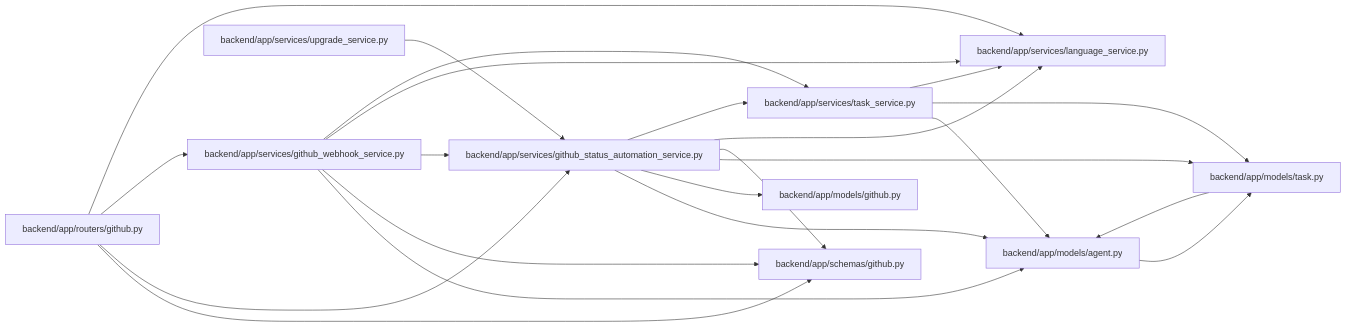
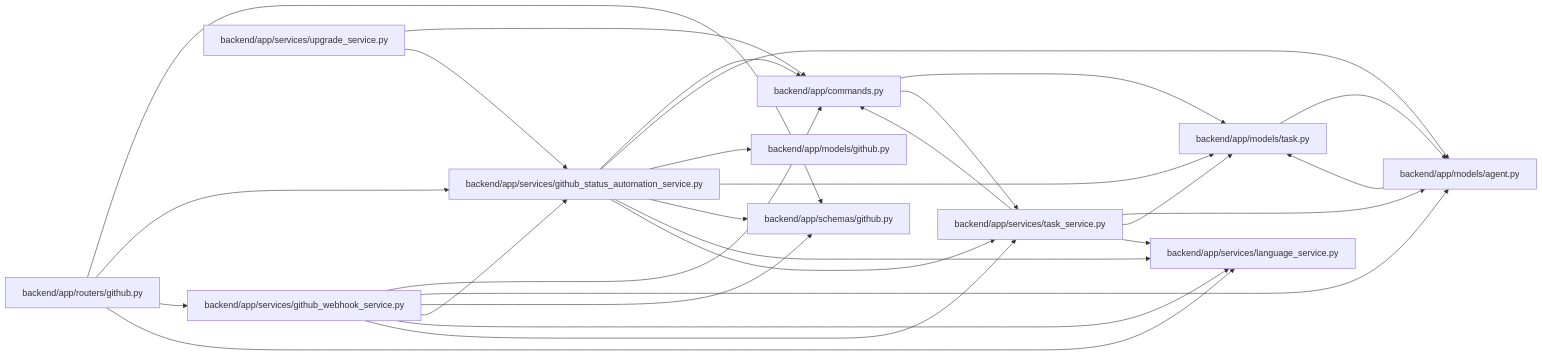
Before and after one commit to Denissvgn/WorkChord: the diagram in docs/llm_wiki/modules/github_status_automation_service.md, drawn with Mermaid. The commit also changed other lines of this file and 958 other files, not shown here.

First line of the commit message:
docs(wiki): refresh identity and recovery architecture

````diff
--- a/docs/llm_wiki/modules/github_status_automation_service.md
+++ b/docs/llm_wiki/modules/github_status_automation_service.md
@@ -27,44 +28,52 @@
 ```mermaid
 flowchart LR
-    n0["backend/app/models/agent.py"]
-    n1["backend/app/models/github.py"]
-    n2["backend/app/models/task.py"]
-    n3["backend/app/routers/github.py"]
-    n4["backend/app/schemas/github.py"]
-    n5["backend/app/services/github_status_automation_service.py"]
-    n6["backend/app/services/github_webhook_service.py"]
-    n7["backend/app/services/language_service.py"]
-    n8["backend/app/services/task_service.py"]
-    n9["backend/app/services/upgrade_service.py"]
-    n0 --> n2
-    n2 --> n0
-    n3 --> n4
-    n3 --> n5
-    n3 --> n6
-    n3 --> n7
-    n5 --> n0
-    n5 --> n1
-    n5 --> n2
-    n5 --> n4
-    n5 --> n7
-    n5 --> n8
+    n0["backend/app/commands.py"]
+    n1["backend/app/models/agent.py"]
+    n2["backend/app/models/github.py"]
+    n3["backend/app/models/task.py"]
+    n4["backend/app/routers/github.py"]
+    n5["backend/app/schemas/github.py"]
+    n6["backend/app/services/github_status_automation_service.py"]
+    n7["backend/app/services/github_webhook_service.py"]
+    n8["backend/app/services/language_service.py"]
+    n9["backend/app/services/task_service.py"]
+    n10["backend/app/services/upgrade_service.py"]
+    n0 --> n3
+    n0 --> n9
+    n1 --> n3
+    n3 --> n1
+    n4 --> n5
+    n4 --> n6
+    n4 --> n7
+    n4 --> n8
     n6 --> n0
-    n6 --> n4
+    n6 --> n1
+    n6 --> n2
+    n6 --> n3
     n6 --> n5
-    n6 --> n7
     n6 --> n8
-    n8 --> n0
-    n8 --> n2
-    n8 --> n7
-    n9 --> n5
-    click n0 "../modules/models_agent.md"
-    click n1 "../modules/models_github.md"
-    click n2 "../modules/models_task.md"
-    click n3 "../modules/routers_github.md"
-    click n4 "../modules/schemas_github.md"
-    click n5 "../modules/github_status_automation_service.md"
-    click n6 "../modules/github_webhook_service.md"
-    click n7 "../modules/language_service.md"
-    click n8 "../modules/task_service.md"
-    click n9 "../modules/upgrade_service.md"
+    n6 --> n9
+    n7 --> n0
+    n7 --> n1
+    n7 --> n5
+    n7 --> n6
+    n7 --> n8
+    n7 --> n9
+    n9 --> n0
+    n9 --> n1
+    n9 --> n3
+    n9 --> n8
+    n10 --> n0
+    n10 --> n6
+    click n0 "../modules/commands.md"
+    click n1 "../modules/models_agent.md"
+    click n2 "../modules/models_github.md"
+    click n3 "../modules/models_task.md"
+    click n4 "../modules/routers_github.md"
+    click n5 "../modules/schemas_github.md"
+    click n6 "../modules/github_status_automation_service.md"
+    click n7 "../modules/github_webhook_service.md"
+    click n8 "../modules/language_service.md"
+    click n9 "../modules/task_service.md"
+    click n10 "../modules/upgrade_service.md"
 ```
````
